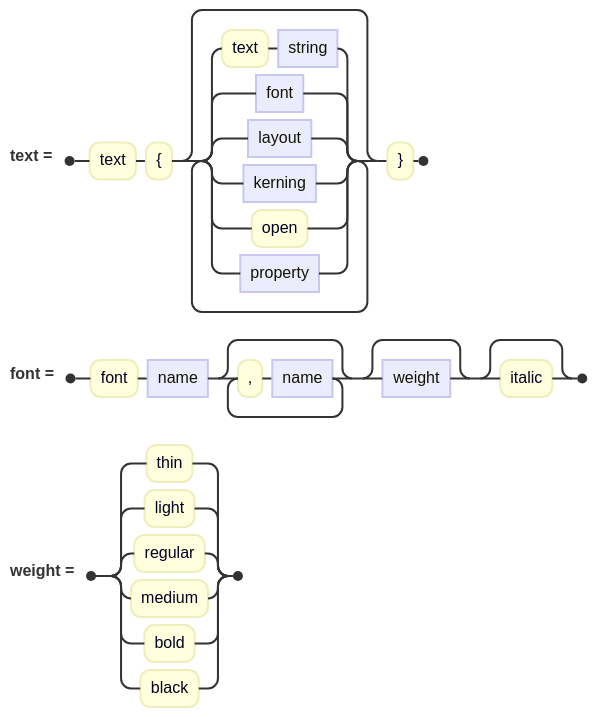
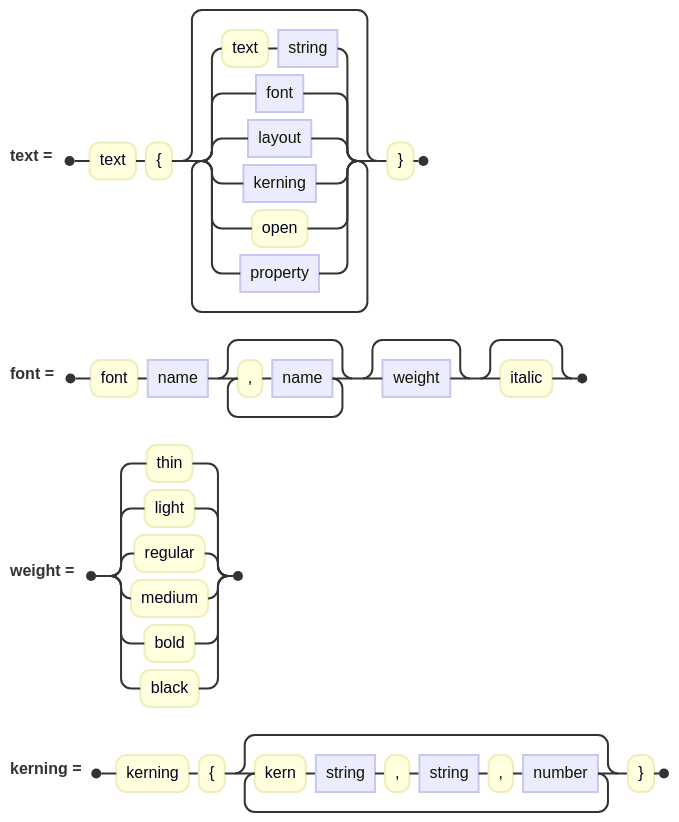
The diagram in docs/diagrams/advanced/textClause.mmd (jskress/RayTracer), drawn with Mermaid before and after one commit. The commit also changed 142 other files, not shown here.

```diff
--- a/docs/diagrams/advanced/textClause.mmd
+++ b/docs/diagrams/advanced/textClause.mmd
@@ -1,8 +1,10 @@
 railroad-ebnf-beta
 title "A text solid"
 
 text = "text" "{" { "text" string | font | layout | kerning | "open" | property } "}" ;
 
 font = "font" name { "," name } [ weight ] [ "italic" ] ;
 
 weight = "thin" | "light" | "regular" | "medium" | "bold" | "black" ;
+
+kerning = "kerning" "{" { "kern" string "," string "," number } "}" ;
```
